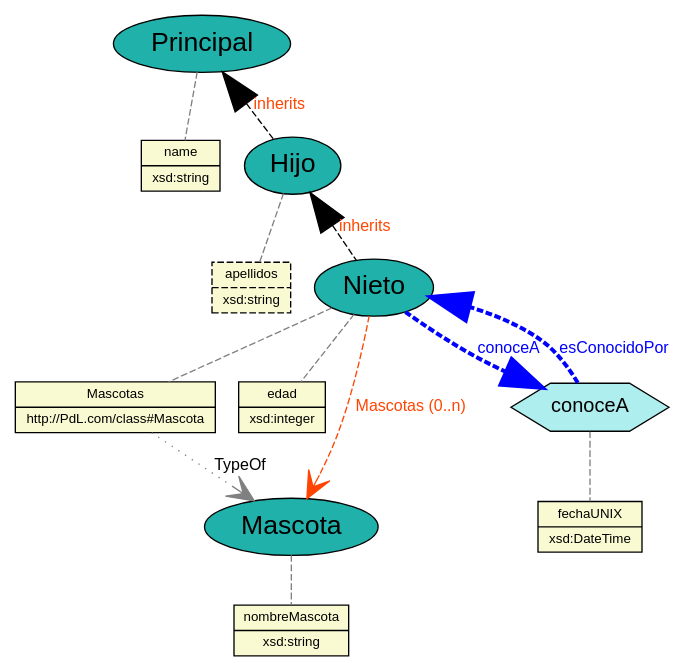
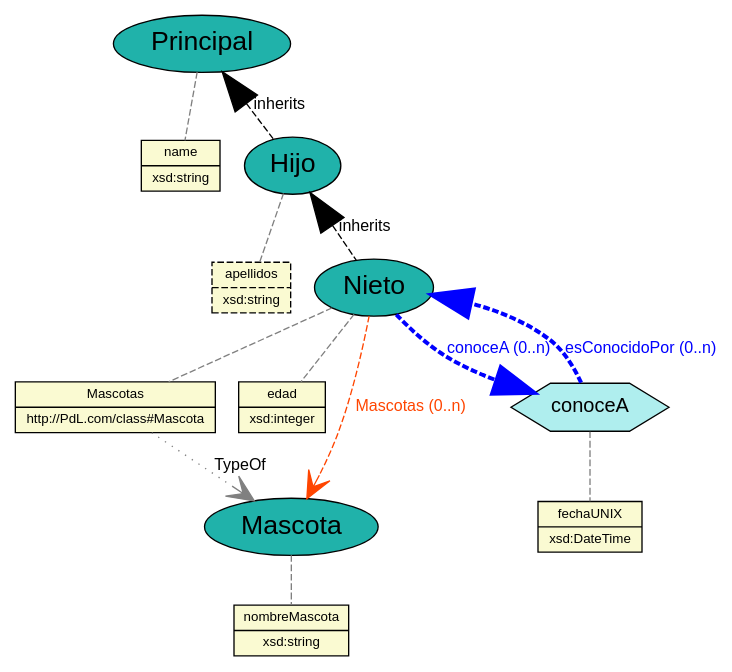
The diagram in Output/csv_dot2_domain.dot (JuanCasado/Lenguajes), drawn with Graphviz before and after one commit. The commit also changed 17 other files, not shown here.

```diff
--- a/Output/csv_dot2_domain.dot
+++ b/Output/csv_dot2_domain.dot
@@ -1,59 +1,59 @@
 graph domain{
 	//Defecto
 	node [fontname="Arial"];
 	edge [fontname="Arial",fontsize=12];
 
 	//PROPERTIES
 	  node [shape="record",style="filled",fillcolor="lightgoldenrodyellow",fontsize="10"]
 	
 	property_apellidos [label="{apellidos|xsd:string}",style="filled,dashed"];
 	property_nombreMascota [label="{nombreMascota|xsd:string}"];
 	property_Mascotas [label="{Mascotas|http://PdL.com/class#Mascota}"];
 	property_name [label="{name|xsd:string}"];
 	property_edad [label="{edad|xsd:integer}"];
 	property_fechaUNIX [label="{fechaUNIX|xsd:DateTime}"];
 
 	//CLASES
 	node [shape="ellipse",style="filled",fillcolor="lightseagreen",fontsize="20"]	
 	
 	class_Hijo [label="Hijo"];
 	class_Principal [label="Principal"];
 	class_Mascota [label="Mascota"];
 	class_Nieto [label="Nieto"];
 
 	//RELACIONES
 	node [shape="hexagon",style="filled",fillcolor="paleturquoise",fontsize="15"]	
 	
 	relationship_conoceA [label=conoceA];
 
 	//CLASE -- PROPIEDAD
 
 edge[style="dashed",len="3",color="grey"]	
 	class_Hijo -- property_apellidos;
 	class_Principal -- property_name;
 	class_Mascota -- property_nombreMascota;
 	class_Nieto -- property_edad;
 	class_Nieto -- property_Mascotas;
 
 	//RELACION -- PROPIEDAD
 	
 	relationship_conoceA -- property_fechaUNIX;
 
 	// uso indirecto de definiciÃ³n de tipos
 	edge[style="dotted",arrowhead="vee",dir="forward",arrowsize="2"];
 	property_Mascotas -- class_Mascota [label="TypeOf"];
 
 	// asociaciones a travÃ©s de atributos marcadas de forma directa
 	edge[fontcolor="orangered", color="orangered", style="dashed", arrowhead="vee",dir="forward",arrowsize="2"];
 	class_Nieto -- class_Mascota [label="Mascotas (0..n) "];
 
 	// herencias
-	edge[len="5",color="black",arrowhead="normal",arrowsize="3",dir="back",]	class_Principal -- class_Hijo [label="inherits"];
+	edge[len="5"fontcolor="black",color="black",arrowhead="normal",arrowsize="3",dir="back",]	class_Principal -- class_Hijo [label="inherits"];
 	class_Hijo -- class_Nieto [label="inherits"];
 
 	// enlaces de relaciones
 	edge[len="2",penwidth="3",color="blue",fontcolor="blue",dir="forward",arrowhead="normal"]
-	class_Nieto -- relationship_conoceA [label="conoceA"];
-	relationship_conoceA -- class_Nieto [label="esConocidoPor"];
+	class_Nieto -- relationship_conoceA [label="conoceA (0..n)"];
+	relationship_conoceA -- class_Nieto [label="esConocidoPor (0..n)"];
 
 }
```
